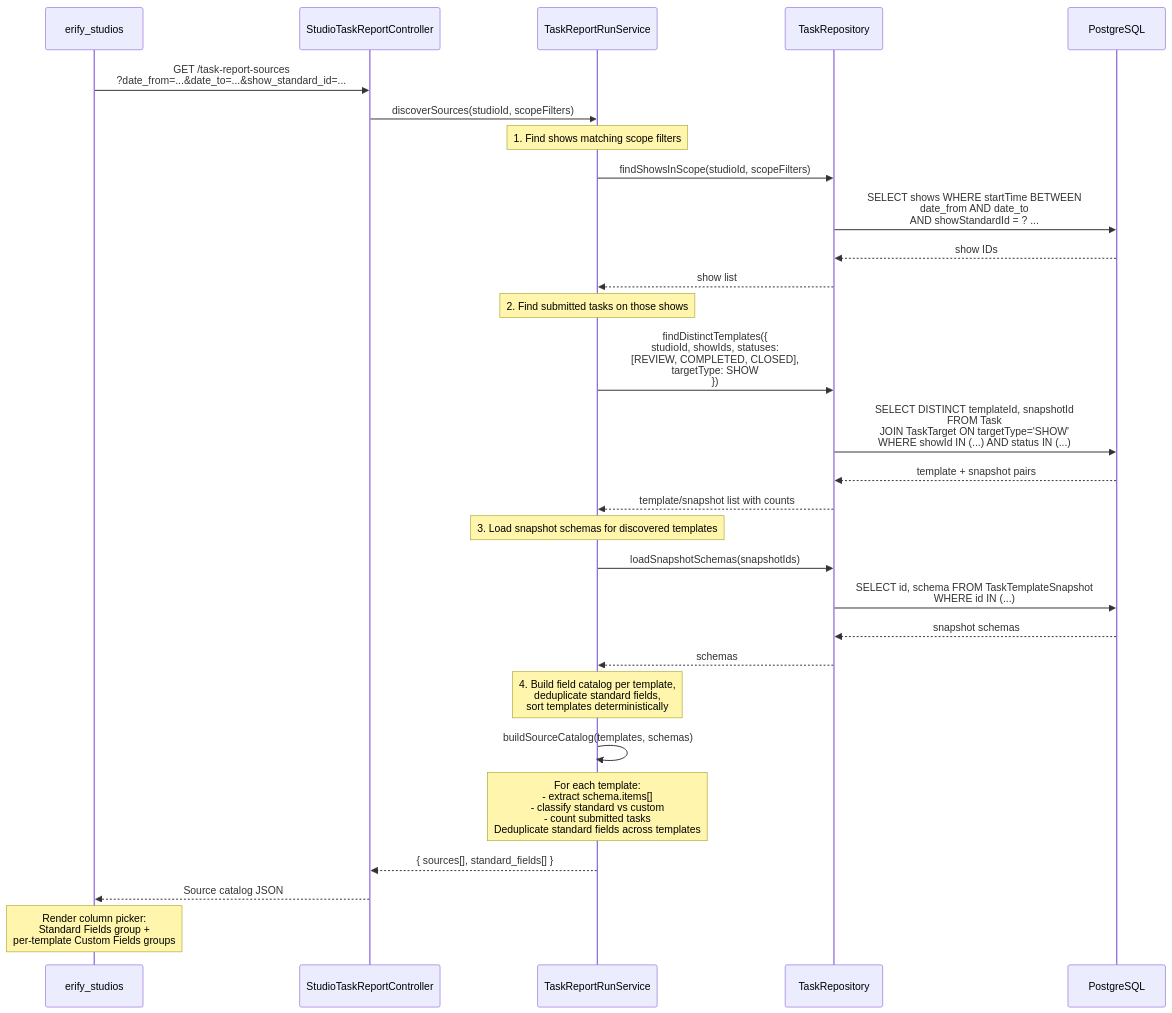
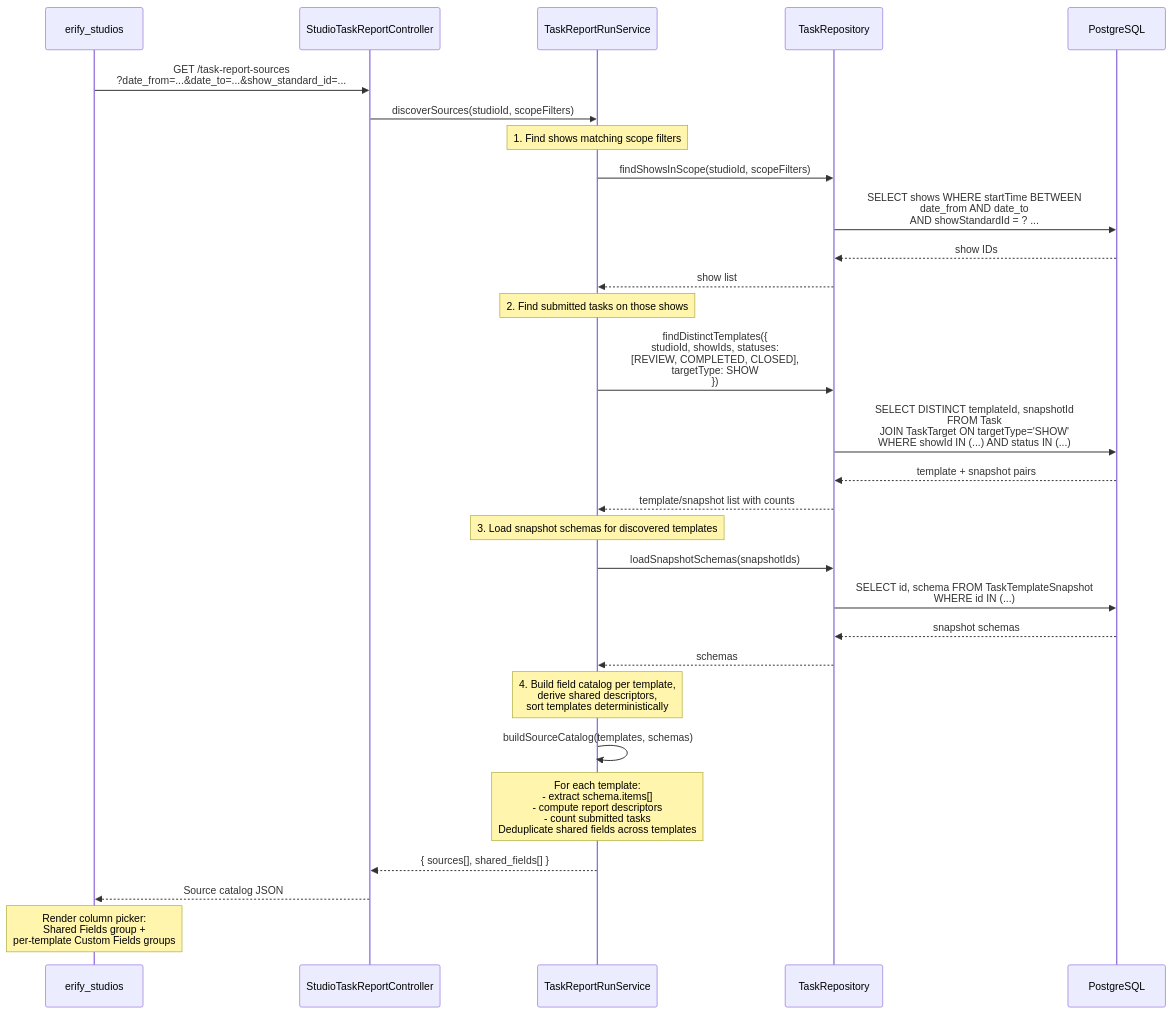
Before and after one commit to allenlin90/eridu-services: the second of 4 diagrams in apps/erify_api/docs/TASK_SUBMISSION_REPORTING.md, drawn with Mermaid. The commit also changed other lines of this file and 46 other files, not shown here.

First line of the commit message:
feat: task template v2 cutover (engine + canonicalized shared fields) (#52)

````diff
--- a/apps/erify_api/docs/TASK_SUBMISSION_REPORTING.md
+++ b/apps/erify_api/docs/TASK_SUBMISSION_REPORTING.md
@@ -587,37 +582,37 @@
 ```mermaid
 sequenceDiagram
     participant FE as erify_studios
     participant Ctrl as StudioTaskReportController
     participant QS as TaskReportRunService
     participant TaskRepo as TaskRepository
     participant DB as PostgreSQL
 
     FE->>Ctrl: GET /task-report-sources<br/>?date_from=...&date_to=...&show_standard_id=...
     Ctrl->>QS: discoverSources(studioId, scopeFilters)
 
     Note over QS: 1. Find shows matching scope filters
     QS->>TaskRepo: findShowsInScope(studioId, scopeFilters)
     TaskRepo->>DB: SELECT shows WHERE startTime BETWEEN<br/>date_from AND date_to<br/>AND showStandardId = ? ...
     DB-->>TaskRepo: show IDs
     TaskRepo-->>QS: show list
 
     Note over QS: 2. Find submitted tasks on those shows
     QS->>TaskRepo: findDistinctTemplates({<br/>  studioId, showIds, statuses:<br/>  [REVIEW, COMPLETED, CLOSED],<br/>  targetType: SHOW<br/>})
     TaskRepo->>DB: SELECT DISTINCT templateId, snapshotId<br/>FROM Task<br/>JOIN TaskTarget ON targetType='SHOW'<br/>WHERE showId IN (...) AND status IN (...)
     DB-->>TaskRepo: template + snapshot pairs
     TaskRepo-->>QS: template/snapshot list with counts
 
     Note over QS: 3. Load snapshot schemas for discovered templates
     QS->>TaskRepo: loadSnapshotSchemas(snapshotIds)
     TaskRepo->>DB: SELECT id, schema FROM TaskTemplateSnapshot<br/>WHERE id IN (...)
     DB-->>TaskRepo: snapshot schemas
     TaskRepo-->>QS: schemas
 
-    Note over QS: 4. Build field catalog per template,<br/>deduplicate standard fields,<br/>sort templates deterministically
+    Note over QS: 4. Build field catalog per template,<br/>derive shared descriptors,<br/>sort templates deterministically
     QS->>QS: buildSourceCatalog(templates, schemas)
-    Note over QS: For each template:<br/>- extract schema.items[]<br/>- classify standard vs custom<br/>- count submitted tasks<br/>Deduplicate standard fields across templates
+    Note over QS: For each template:<br/>- extract schema.items[]<br/>- compute report descriptors<br/>- count submitted tasks<br/>Deduplicate shared fields across templates
 
-    QS-->>Ctrl: { sources[], standard_fields[] }
+    QS-->>Ctrl: { sources[], shared_fields[] }
     Ctrl-->>FE: Source catalog JSON
-    Note over FE: Render column picker:<br/>Standard Fields group +<br/>per-template Custom Fields groups
+    Note over FE: Render column picker:<br/>Shared Fields group +<br/>per-template Custom Fields groups
 ```
````
